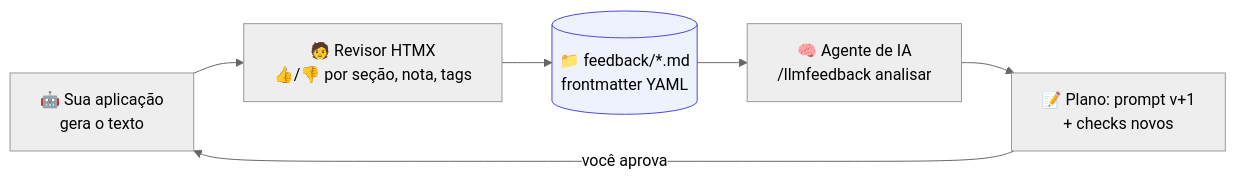
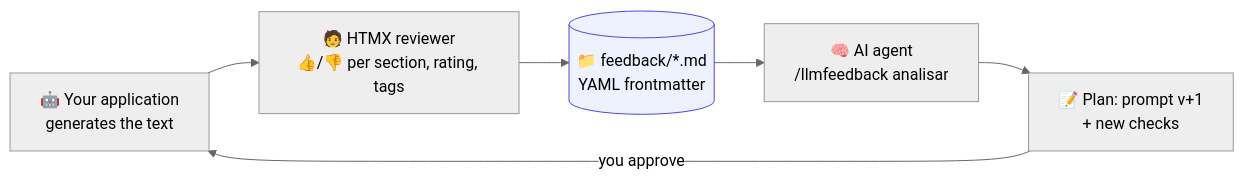
The first of 4 diagrams in README.md (ysrael12/llmfeedback), drawn with Mermaid (neutral theme) before and after one commit. The commit also changed other lines of this file and 16 other files, not shown here.

````diff
--- a/README.md
+++ b/README.md
@@ -22,9 +22,9 @@
 ```mermaid
 flowchart LR
-    A["🤖 Sua aplicação<br/>gera o texto"] --> B["🧑 Revisor HTMX<br/>👍/👎 por seção, nota, tags"]
-    B --> C[("📁 feedback/*.md<br/>frontmatter YAML")]
-    C --> D["🧠 Agente de IA<br/>/llmfeedback analisar"]
-    D --> E["📝 Plano: prompt v+1<br/>+ checks novos"]
-    E -->|você aprova| A
+    A["🤖 Your application<br/>generates the text"] --> B["🧑 HTMX reviewer<br/>👍/👎 per section, rating, tags"]
+    B --> C[("📁 feedback/*.md<br/>YAML frontmatter")]
+    C --> D["🧠 AI agent<br/>/llmfeedback analisar"]
+    D --> E["📝 Plan: prompt v+1<br/>+ new checks"]
+    E -->|you approve| A
     style C fill:#eef2ff,stroke:#4f46e5
 ```
````
